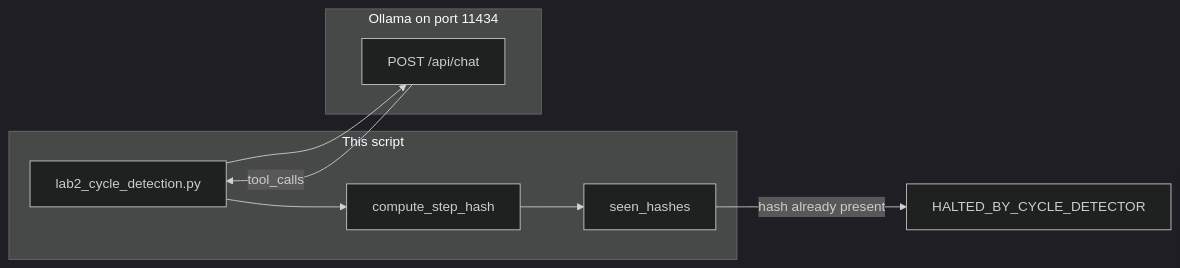
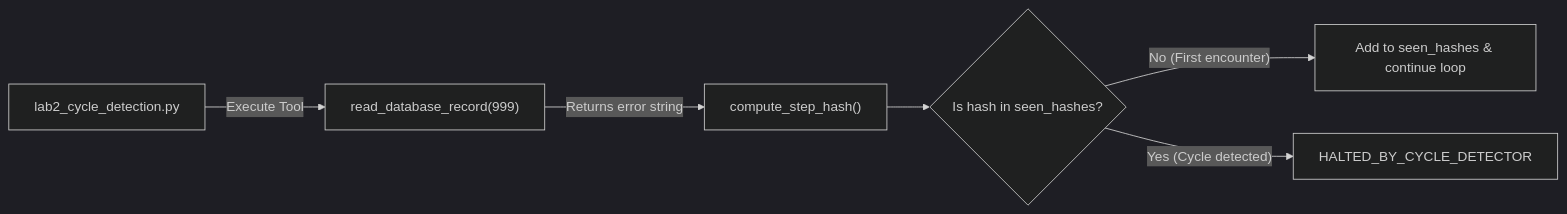
The diagram in education/06_the_reliability/lab2_cycle_detection.md (jacobbweber/AgenticAI-Labs), drawn with Mermaid (dark theme) before and after one commit. The commit also changed other lines of this file and 123 other files, not shown here.

````diff
--- a/education/06_the_reliability/lab2_cycle_detection.md
+++ b/education/06_the_reliability/lab2_cycle_detection.md
@@ -15,16 +18,8 @@
 ```mermaid
 flowchart LR
-    subgraph cyc_lab2_script [This script]
-        S["lab2_cycle_detection.py"]
-        H["compute_step_hash"]
-        SEEN["seen_hashes"]
-    end
-    subgraph cyc_lab2_host [Ollama on port 11434]
-        C["POST /api/chat"]
-    end
-    S --> C
-    C -->|"tool_calls"| S
-    S --> H
-    H --> SEEN
-    SEEN -->|"hash already present"| X["HALTED_BY_CYCLE_DETECTOR"]
+    A["lab2_cycle_detection.py"] -->|"Execute Tool"| B["read_database_record(999)"]
+    B -->|"Returns error string"| C["compute_step_hash()"]
+    C --> D{"Is hash in seen_hashes?"}
+    D -->|"No (First encounter)"| E["Add to seen_hashes & continue loop"]
+    D -->|"Yes (Cycle detected)"| F["HALTED_BY_CYCLE_DETECTOR"]
 ```
````
